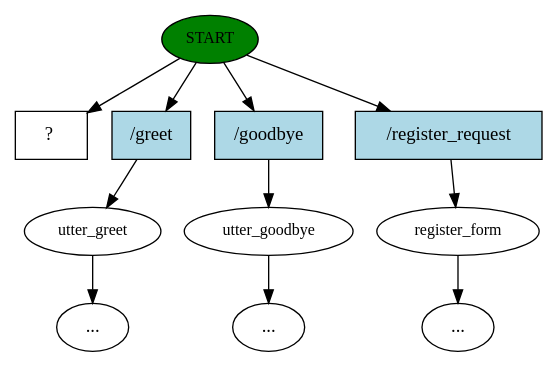
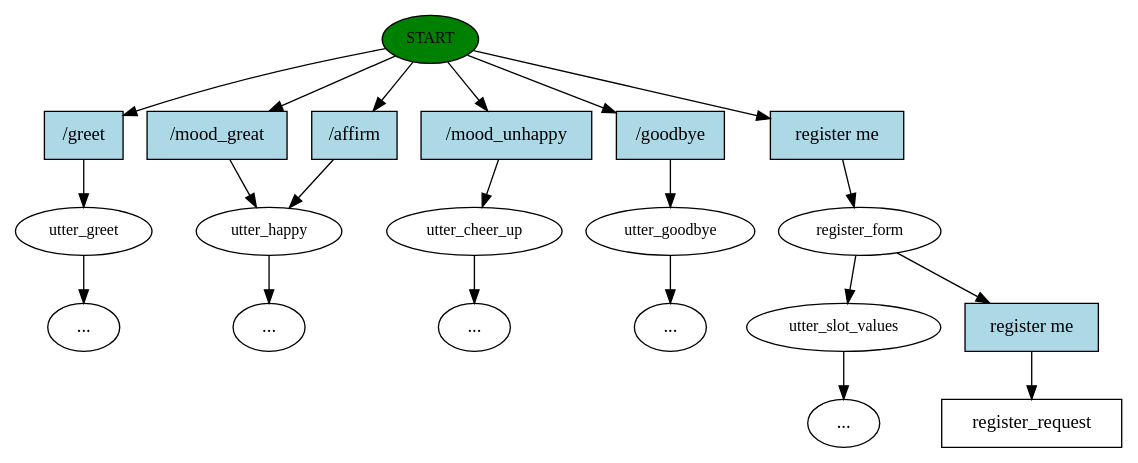
The diagram in story_graph.dot (arbazkhan971/email-extraction-using-rasa), drawn with Graphviz before and after one commit. The commit also changed 36 other files, not shown here.

```diff
--- a/story_graph.dot
+++ b/story_graph.dot
@@ -1,23 +1,42 @@
 digraph  {
 0 [class="start active", fillcolor=green, fontsize=12, label=START, style=filled];
 1 [class="", fontsize=12, label=utter_greet];
+"-3" [class=ellipsis, label="..."];
+2 [class="", fontsize=12, label=utter_happy];
+3 [class="", fontsize=12, label=utter_cheer_up];
 "-5" [class=ellipsis, label="..."];
-4 [class="", fontsize=12, label=utter_goodbye];
 "-6" [class=ellipsis, label="..."];
-5 [class="", fontsize=12, label=register_form];
+5 [class="", fontsize=12, label=utter_goodbye];
 "-7" [class=ellipsis, label="..."];
-6 [class="intent dashed active", label="  ?  ", shape=rect];
-7 [class=intent, fillcolor=lightblue, label="/greet", shape=rect, style=filled];
-8 [class=intent, fillcolor=lightblue, label="/goodbye", shape=rect, style=filled];
-9 [class=intent, fillcolor=lightblue, label="/register_request", shape=rect, style=filled];
-0 -> 6  [class=active, key=NONE, label=""];
-0 -> 7  [class="", key=0];
-0 -> 8  [class="", key=0];
-0 -> 9  [class="", key=0];
-1 -> "-5"  [class="", key=NONE, label=""];
-4 -> "-6"  [class="", key=NONE, label=""];
+6 [class=active, fontsize=12, label=register_form];
+7 [class="", fontsize=12, label=utter_slot_values];
+"-8" [class=ellipsis, label="..."];
+9 [class="intent dashed active", label=register_request, shape=rect];
+10 [class=intent, fillcolor=lightblue, label="/greet", shape=rect, style=filled];
+11 [class=intent, fillcolor=lightblue, label="/mood_great", shape=rect, style=filled];
+12 [class=intent, fillcolor=lightblue, label="/affirm", shape=rect, style=filled];
+13 [class=intent, fillcolor=lightblue, label="/mood_unhappy", shape=rect, style=filled];
+14 [class=intent, fillcolor=lightblue, label="/goodbye", shape=rect, style=filled];
+15 [class="intent active", fillcolor=lightblue, label="register\ me", shape=rect, style=filled];
+16 [class="intent active", fillcolor=lightblue, label="register\ me", shape=rect, style=filled];
+0 -> 10  [class="", key=0];
+0 -> 11  [class="", key=0];
+0 -> 12  [class="", key=0];
+0 -> 13  [class="", key=0];
+0 -> 14  [class="", key=0];
+0 -> 15  [class=active, key=0];
+1 -> "-3"  [class="", key=NONE, label=""];
+2 -> "-6"  [class="", key=NONE, label=""];
+3 -> "-5"  [class="", key=NONE, label=""];
 5 -> "-7"  [class="", key=NONE, label=""];
-7 -> 1  [class="", key=0];
-8 -> 4  [class="", key=0];
-9 -> 5  [class="", key=0];
+6 -> 7  [class="", key=NONE, label=""];
+6 -> 16  [class=active, key=0];
+7 -> "-8"  [class="", key=NONE, label=""];
+10 -> 1  [class="", key=0];
+11 -> 2  [class="", key=0];
+12 -> 2  [class="", key=0];
+13 -> 3  [class="", key=0];
+14 -> 5  [class="", key=0];
+15 -> 6  [class=active, key=0];
+16 -> 9  [class=active, key=0];
 }
```
